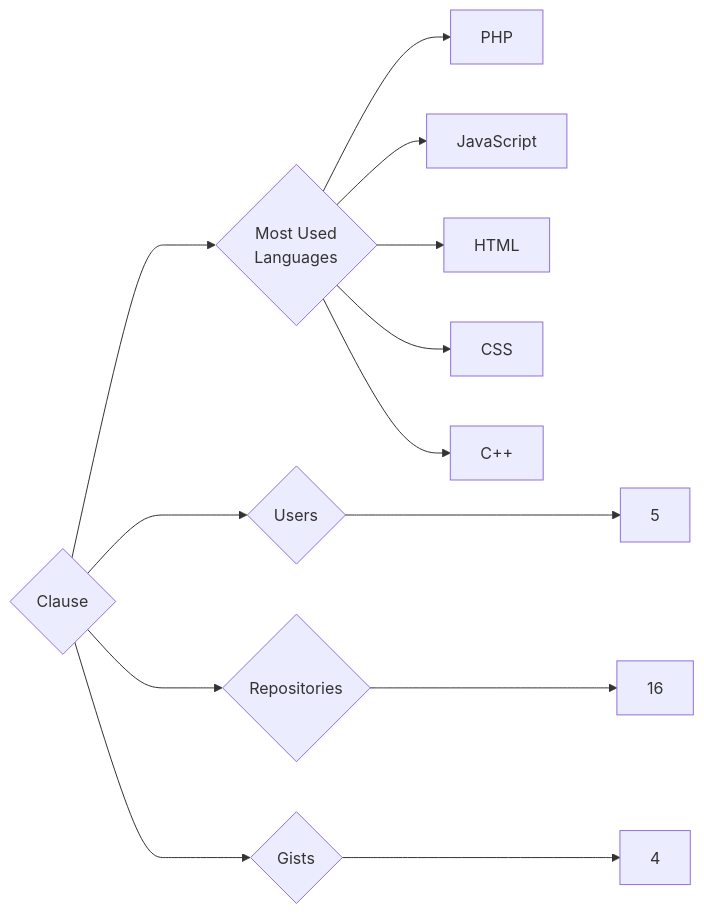
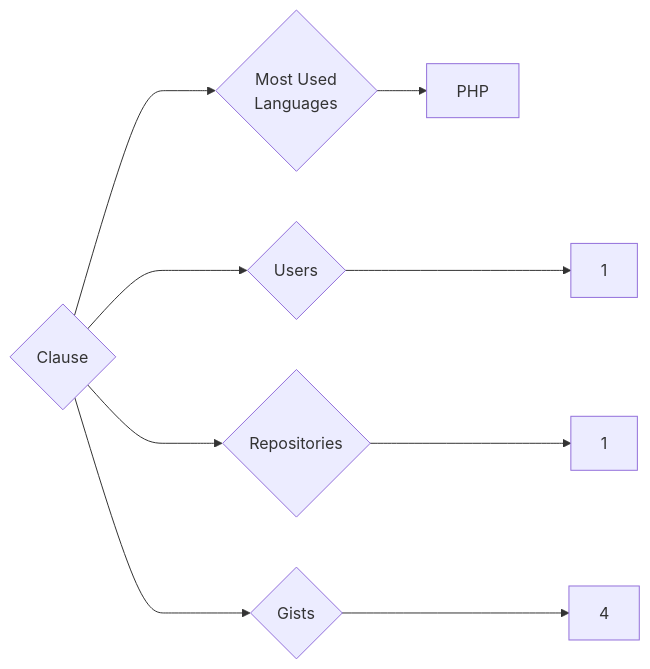
Before and after one commit to trickest/insiders: the diagram in targets/Clause/README.md, drawn with Mermaid. The commit also changed 676 other files, not shown here.

````diff
--- a/targets/Clause/README.md
+++ b/targets/Clause/README.md
@@ -3,13 +3,9 @@
 ```mermaid
 graph LR
 COMPANY_NAME{Clause}
-COMPANY_NAME ---> U{Users} ---> UN[5]
-COMPANY_NAME ---> R{Repositories} ---> RN[16]
+COMPANY_NAME ---> U{Users} ---> UN[1]
+COMPANY_NAME ---> R{Repositories} ---> RN[1]
 COMPANY_NAME ---> G{Gists} ---> GN[4]
 COMPANY_NAME ---> ML{Most Used<br>Languages}
 ML --> PHP[PHP]
-ML --> JavaScript[JavaScript]
-ML --> HTML[HTML]
-ML --> CSS[CSS]
-ML --> C++[C++]
 ```
````
